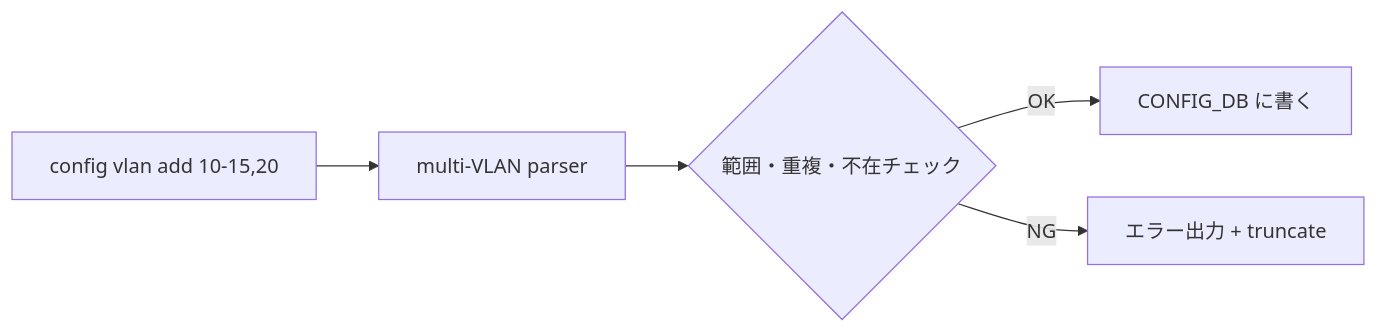
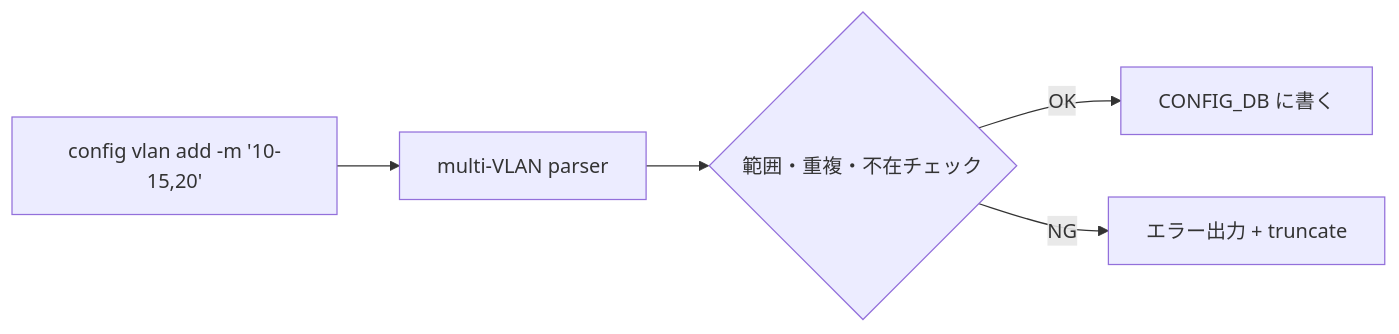
The second of 2 diagrams in docs/switching/switch-port-modes-and-vlan-cli-concepts.md (aoki-taquan/sonic-unofficial-docs), drawn with Mermaid before and after one commit. The commit also changed other lines of this file and 22 other files, not shown here.

````diff
--- a/docs/switching/switch-port-modes-and-vlan-cli-concepts.md
+++ b/docs/switching/switch-port-modes-and-vlan-cli-concepts.md
@@ -74,7 +80,7 @@
 ```mermaid
 flowchart LR
-  CLI[config vlan add 10-15,20] --> P[multi-VLAN parser]
+  CLI["config vlan add -m '10-15,20'"] --> P[multi-VLAN parser]
   P --> R{範囲・重複・不在チェック}
   R -->|OK| WR[CONFIG_DB に書く]
   R -->|NG| ERR[エラー出力 + truncate]
 ```
````
